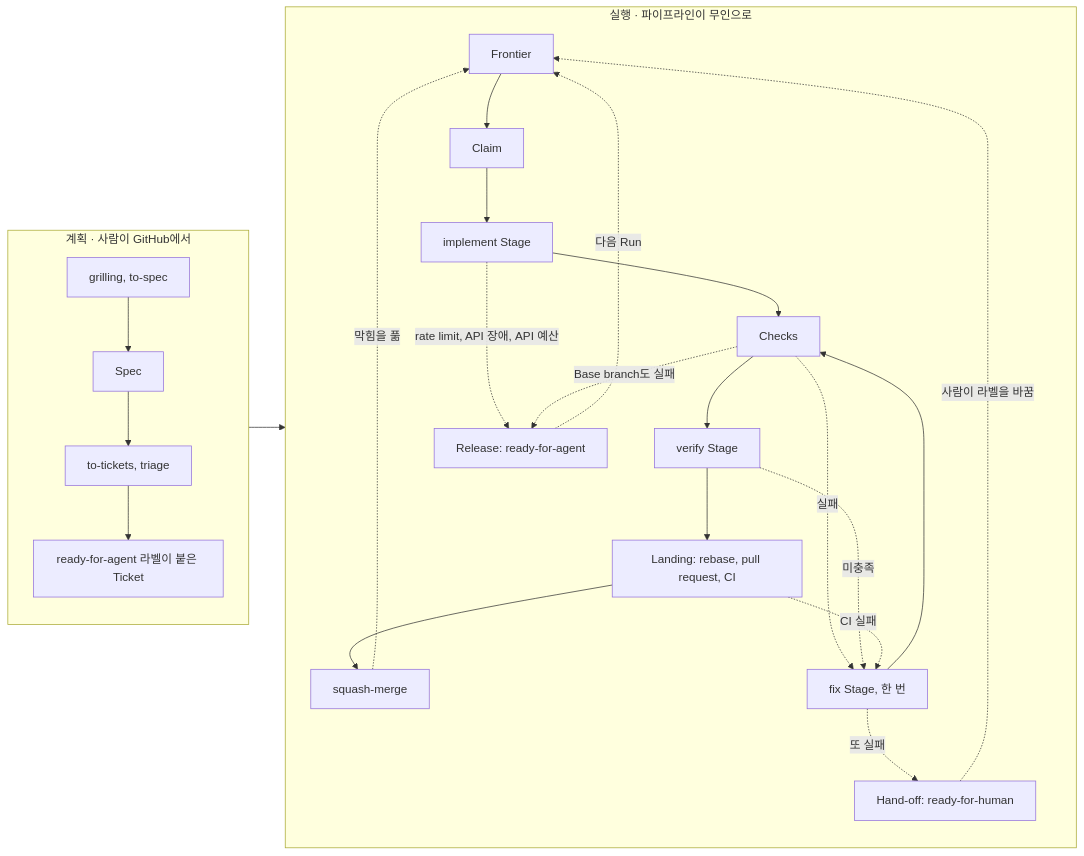
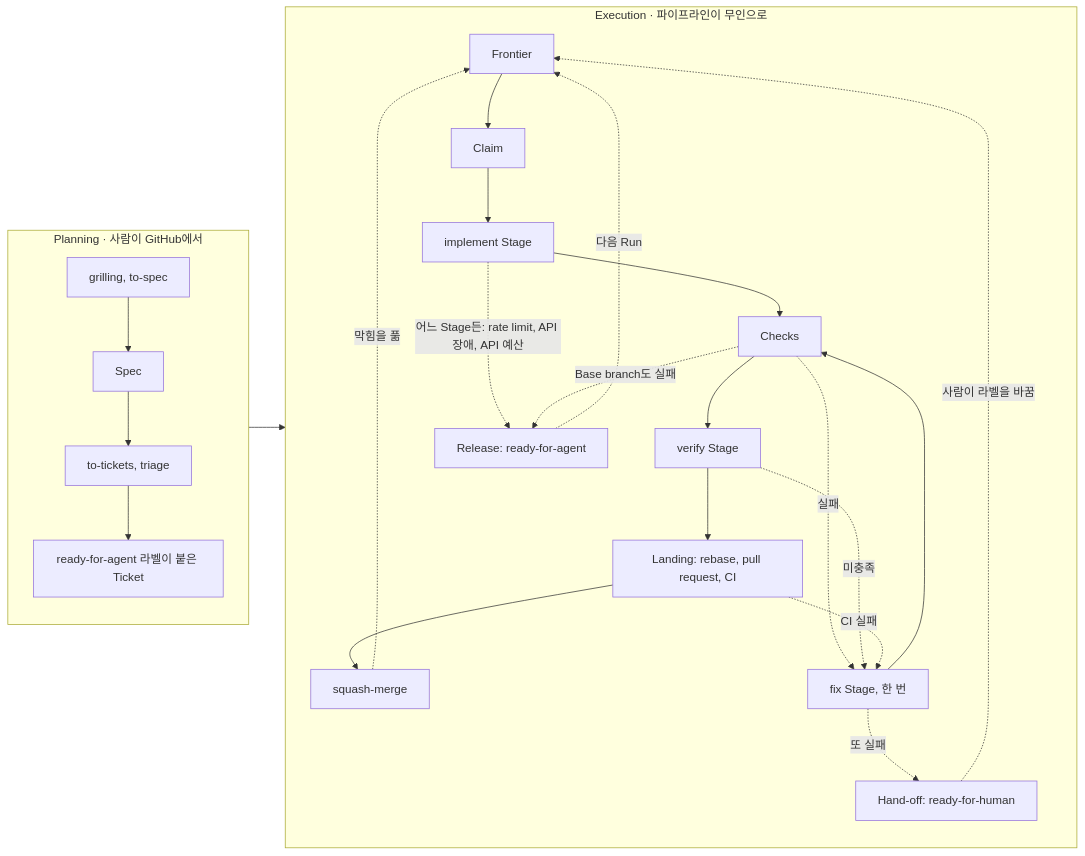
Before and after one commit to jjongs2/ticket-runner: the diagram in wiki/ko/index.md, drawn with Mermaid. The commit also changed other lines of this file and 20 other files, not shown here.

````diff
--- a/wiki/ko/index.md
+++ b/wiki/ko/index.md
@@ -50,29 +54,29 @@
 ```mermaid
 flowchart LR
-  subgraph Planning["계획 · 사람이 GitHub에서"]
+  subgraph Planning["Planning · 사람이 GitHub에서"]
     direction TB
     G["grilling, to-spec"] --> S[Spec]
     S --> T["to-tickets, triage"]
     T --> R["ready-for-agent 라벨이 붙은 Ticket"]
   end
-  subgraph Execution["실행 · 파이프라인이 무인으로"]
+  subgraph Execution["Execution · 파이프라인이 무인으로"]
     direction TB
     F[Frontier] --> C[Claim]
     C --> I[implement Stage]
     I --> K[Checks]
     K --> V[verify Stage]
     V --> L["Landing: rebase, pull request, CI"]
     L --> M[squash-merge]
     K -. 실패 .-> X["fix Stage, 한 번"]
     V -. 미충족 .-> X
     L -. CI 실패 .-> X
     X --> K
     X -. 또 실패 .-> H["Hand-off: ready-for-human"]
-    I -. rate limit, API 장애, API 예산 .-> RL["Release: ready-for-agent"]
+    I -. "어느 Stage든: rate limit, API 장애, API 예산" .-> RL["Release: ready-for-agent"]
     K -. Base branch도 실패 .-> RL
   end
   R --> F
   M -. 막힘을 풂 .-> F
   H -. 사람이 라벨을 바꿈 .-> F
   RL -. 다음 Run .-> F
 ```
````
